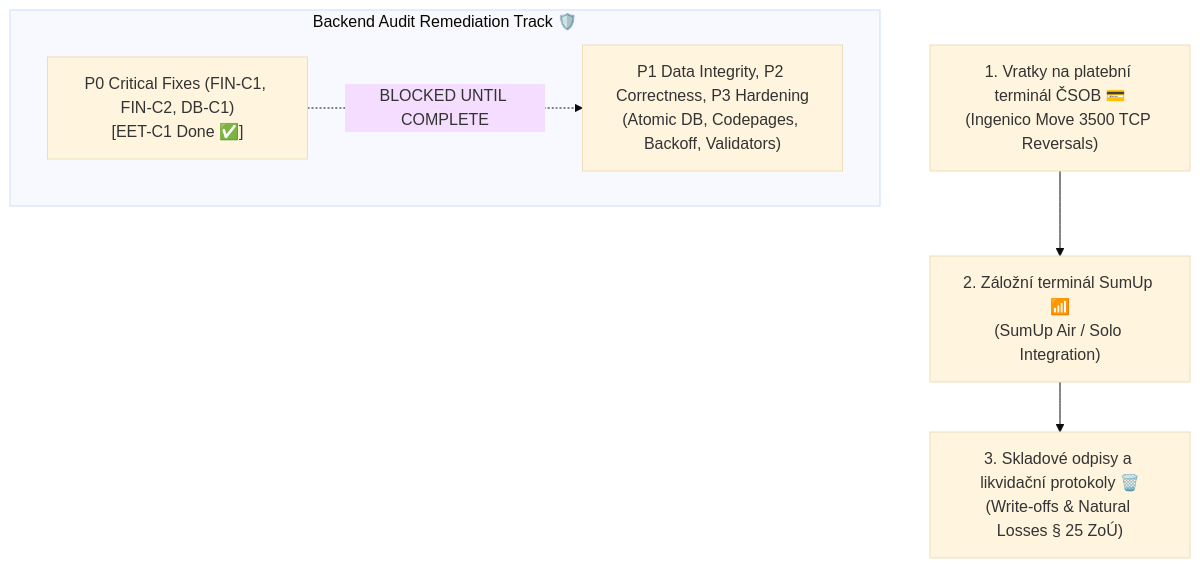
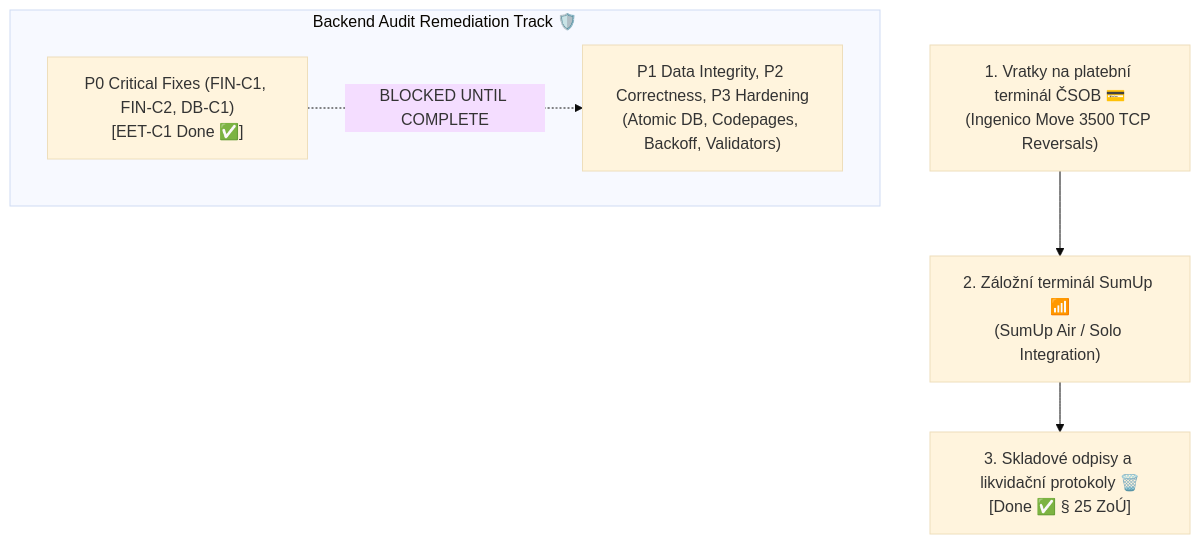
Before and after one commit to MichalKhoa/pos-project: the first of 2 diagrams in docs/ROADMAP.md, drawn with Mermaid (base theme). The commit also changed other lines of this file and 14 other files, not shown here.

Commit message:
feat(inventory): add stock write-offs and liquidation protocols (§ 25 ZoÚ)

````diff
--- a/docs/ROADMAP.md
+++ b/docs/ROADMAP.md
@@ -14,10 +14,10 @@
 ```mermaid
 graph TD
     A["1. Vratky na platební terminál ČSOB 💳<br/>(Ingenico Move 3500 TCP Reversals)"] --> B["2. Záložní terminál SumUp 📶<br/>(SumUp Air / Solo Integration)"]
-    B --> C["3. Skladové odpisy a likvidační protokoly 🗑️<br/>(Write-offs & Natural Losses § 25 ZoÚ)"]
+    B --> C["3. Skladové odpisy a likvidační protokoly 🗑️<br/>[Done ✅ § 25 ZoÚ]"]
     
     subgraph AuditTrack["Backend Audit Remediation Track 🛡️"]
         Crit["P0 Critical Fixes (FIN-C1, FIN-C2, DB-C1)<br/>[EET-C1 Done ✅]"]
         Crit -.->|"BLOCKED UNTIL COMPLETE"| NonCrit["P1 Data Integrity, P2 Correctness, P3 Hardening<br/>(Atomic DB, Codepages, Backoff, Validators)"]
     end
 ```
````
